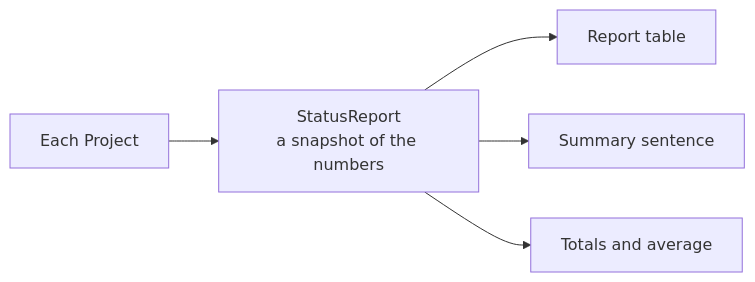
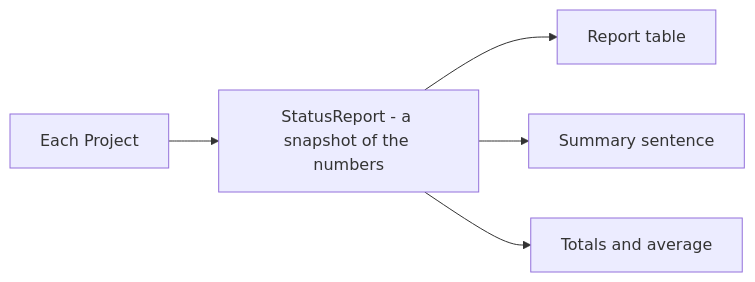
One commit to josephus-mupanda/task-management-system-v2 changed the sixth of 6 diagrams in docs/design-decisions.md. Above: the diagram before and after it, drawn with Mermaid. The commit also changed 1 other file, not shown here.

Commit message:
docs: simplify diagrams for github rendering

````diff
--- a/docs/design-decisions.md
+++ b/docs/design-decisions.md
@@ -156,7 +156,7 @@
 ```mermaid
 flowchart LR
-    A["Each Project"] --> B["StatusReport<br/>a snapshot of the numbers"]
+    A["Each Project"] --> B["StatusReport - a snapshot of the numbers"]
     B --> C["Report table"]
     B --> D["Summary sentence"]
     B --> E["Totals and average"]
 ```
````
